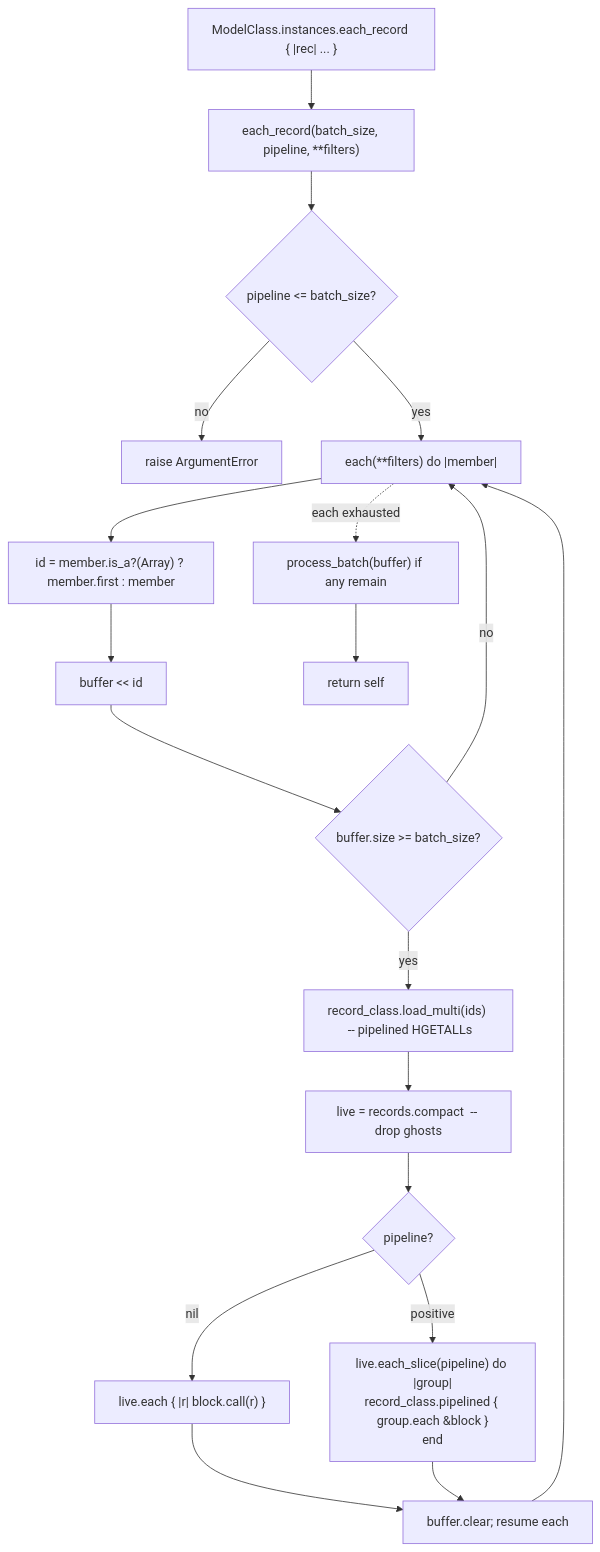
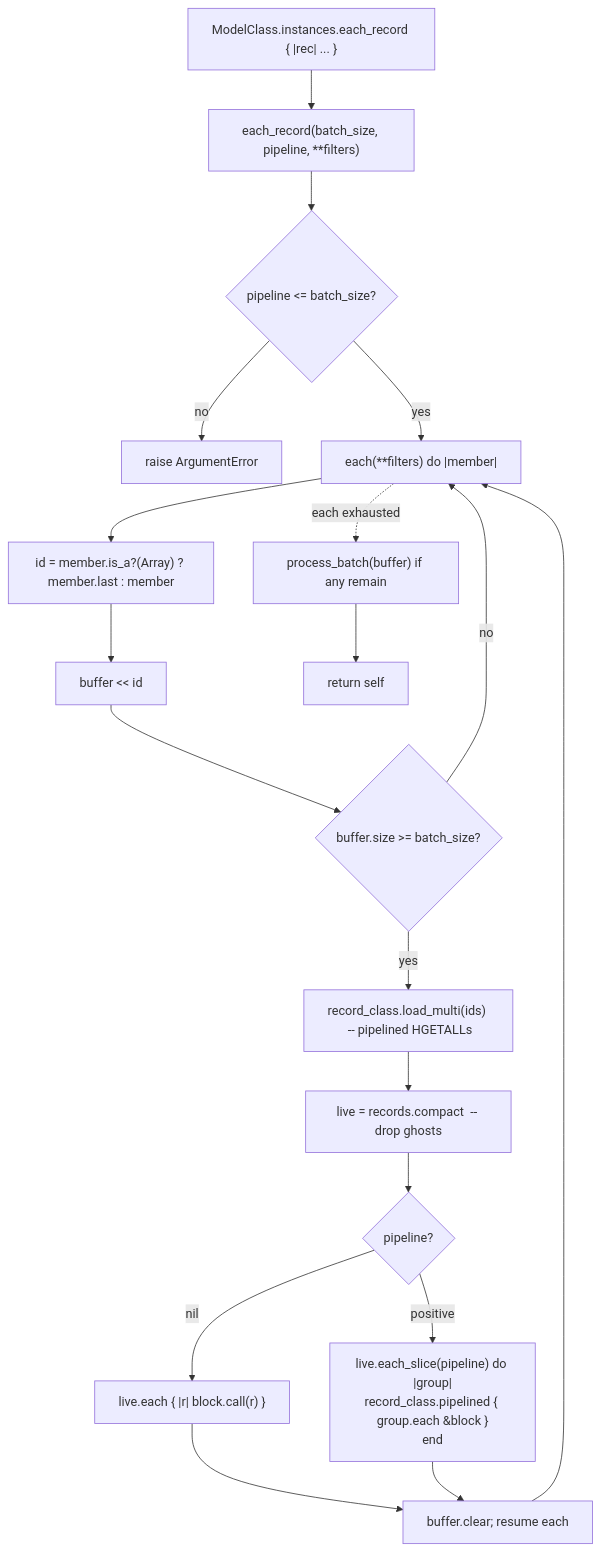
One commit to delano/familia changed the second of 2 diagrams in docs/guides/datatype-collections.md. Above: the diagram before and after it, drawn with Mermaid. The commit also changed other lines of this file and 9 other files, not shown here.

````diff
--- a/docs/guides/datatype-collections.md
+++ b/docs/guides/datatype-collections.md
@@ -70,21 +70,21 @@
 ```mermaid
 flowchart TD
   Caller["ModelClass.instances.each_record { |rec| ... }"] --> ER["each_record(batch_size, pipeline, **filters)"]
   ER --> Validate{"pipeline <= batch_size?"}
   Validate -- no --> Raise["raise ArgumentError"]
   Validate -- yes --> CallEach["each(**filters) do |member|"]
-  CallEach --> Extract["id = member.is_a?(Array) ? member.first : member"]
+  CallEach --> Extract["id = member.is_a?(Array) ? member.last : member"]
   Extract --> Buffer["buffer << id"]
   Buffer --> Full{"buffer.size >= batch_size?"}
   Full -- no --> CallEach
   Full -- yes --> Load["record_class.load_multi(ids)  -- pipelined HGETALLs"]
   Load --> Compact["live = records.compact  -- drop ghosts"]
   Compact --> Mode{pipeline?}
   Mode -- nil --> Serial["live.each { |r| block.call(r) }"]
   Mode -- positive --> Pipe["live.each_slice(pipeline) do |group|<br/>record_class.pipelined { group.each &block }<br/>end"]
   Serial --> Clear["buffer.clear; resume each"]
   Pipe --> Clear
   Clear --> CallEach
   CallEach -. each exhausted .-> Flush["process_batch(buffer) if any remain"]
   Flush --> Return["return self"]
 ```
````
